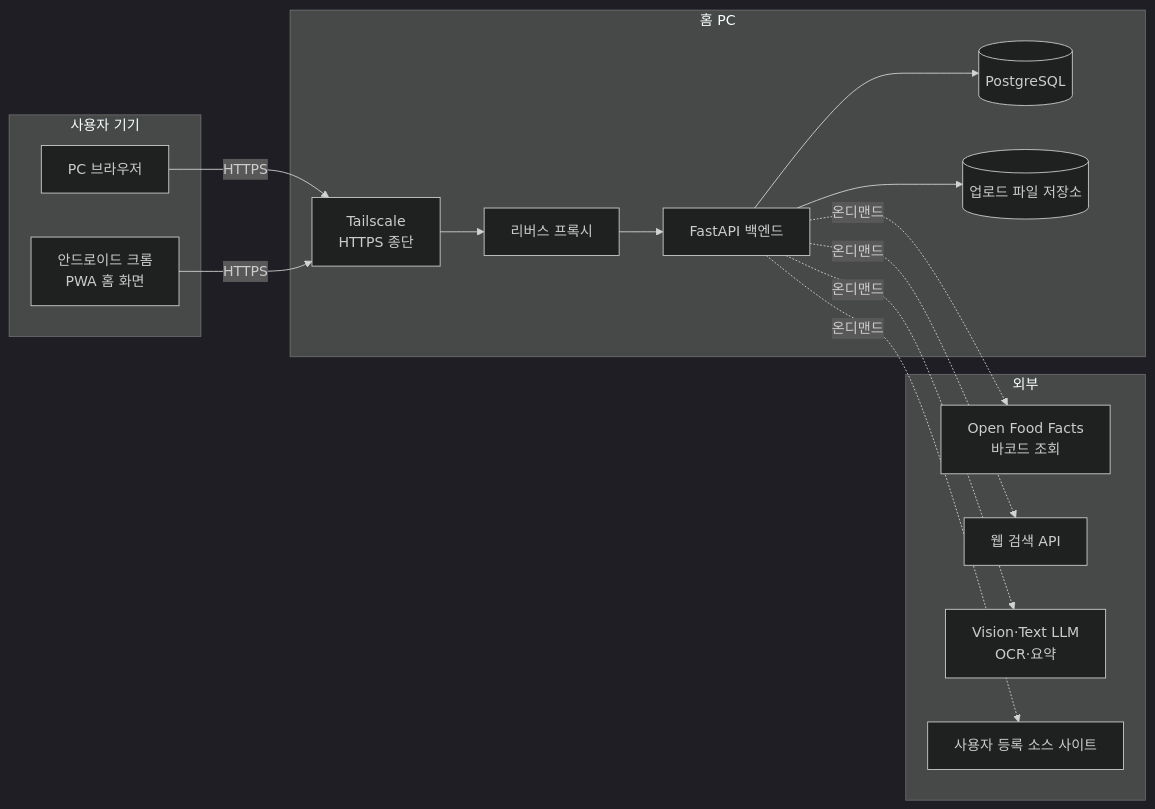
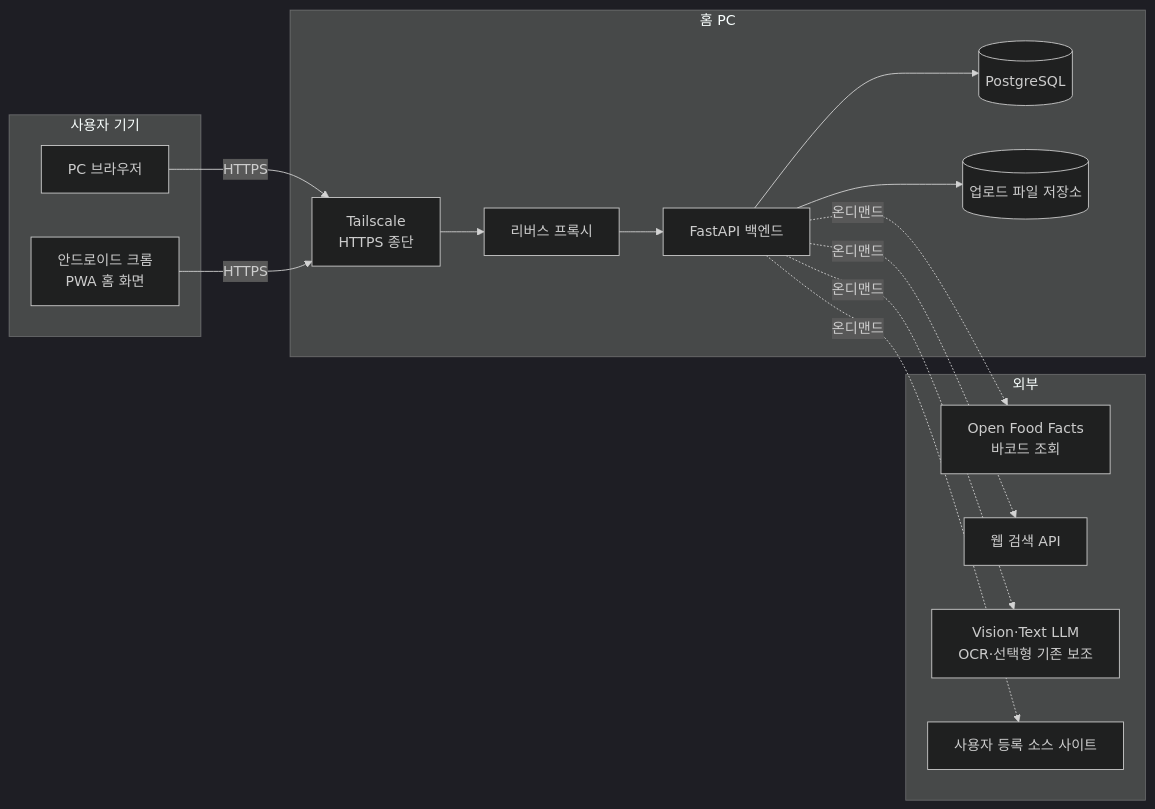
The first of 5 diagrams in docs/architecture.md (jihoon22-lee/SoolJang), drawn with Mermaid (dark theme) before and after one commit. The commit also changed other lines of this file and 20 other files, not shown here.

````diff
--- a/docs/architecture.md
+++ b/docs/architecture.md
@@ -15,30 +15,30 @@
 ```mermaid
 flowchart LR
     subgraph 사용자 기기
         PC[PC 브라우저]
         AND[안드로이드 크롬<br/>PWA 홈 화면]
     end
     subgraph 홈 PC
         TS[Tailscale<br/>HTTPS 종단]
         PROXY[리버스 프록시]
         API[FastAPI 백엔드]
         DB[(PostgreSQL)]
         FS[(업로드 파일 저장소)]
     end
     subgraph 외부
         OFF[Open Food Facts<br/>바코드 조회]
         SEARCH[웹 검색 API]
-        LLM[Vision·Text LLM<br/>OCR·요약]
+        LLM[Vision·Text LLM<br/>OCR·선택형 기존 보조]
         SITES[사용자 등록 소스 사이트]
     end
 
     PC -->|HTTPS| TS
     AND -->|HTTPS| TS
     TS --> PROXY --> API
     API --> DB
     API --> FS
     API -.온디맨드.-> OFF
     API -.온디맨드.-> SEARCH
     API -.온디맨드.-> LLM
     API -.온디맨드.-> SITES
 ```
````
